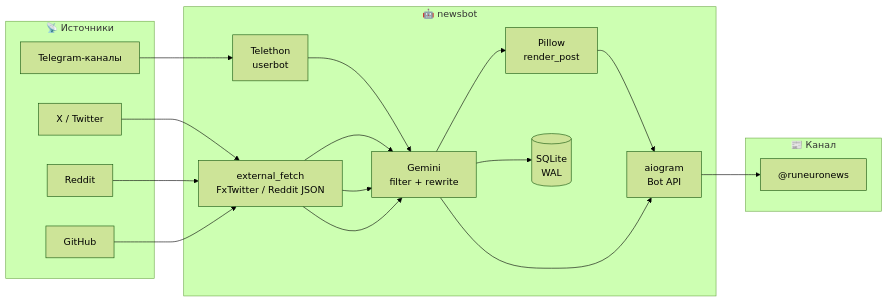
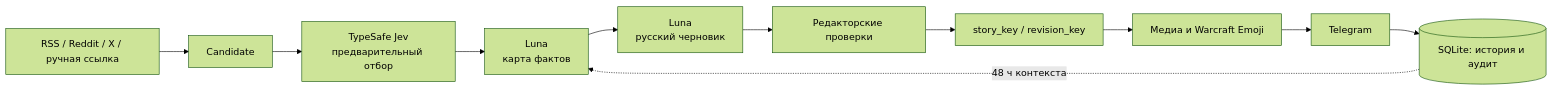
One commit to Gildra-Foundation/news changed the first of 3 diagrams in README.md. Above: the diagram before and after it, drawn with Mermaid (forest theme). The commit also changed other lines of this file, not shown here.

````diff
--- a/README.md
+++ b/README.md
@@ -60,32 +59,13 @@
 ```mermaid
 flowchart LR
-    subgraph Sources["📡 Источники"]
-        S1["Telegram-каналы"]
-        S2["X / Twitter"]
-        S3["Reddit"]
-        S4["GitHub"]
-    end
-
-    subgraph Bot["🤖 newsbot"]
-        TR["Telethon<br/>userbot"]
-        EXT["external_fetch<br/>FxTwitter / Reddit JSON"]
-        AI["Gemini<br/>filter + rewrite"]
-        RP["Pillow<br/>render_post"]
-        DB[("SQLite<br/>WAL")]
-        TG["aiogram<br/>Bot API"]
-    end
-
-    subgraph Output["📰 Канал"]
-        CH["@runeuronews"]
-    end
-
-    S1 --> TR --> AI
-    S2 --> EXT --> AI
-    S3 --> EXT --> AI
-    S4 --> EXT --> AI
-    AI --> DB
-    AI --> RP
-    RP --> TG
-    AI --> TG
-    TG --> CH
+    SRC["RSS / Reddit / X / ручная ссылка"] --> C["Candidate"]
+    C --> J["TypeSafe Jev<br/>предварительный отбор"]
+    J --> F["Luna<br/>карта фактов"]
+    F --> D["Luna<br/>русский черновик"]
+    D --> Q["Редакторские проверки"]
+    Q --> U["story_key / revision_key"]
+    U --> M["Медиа и Warcraft Emoji"]
+    M --> T["Telegram"]
+    T --> DB[("SQLite: история и аудит")]
+    DB -. "48 ч контекста" .-> F
 ```
````
